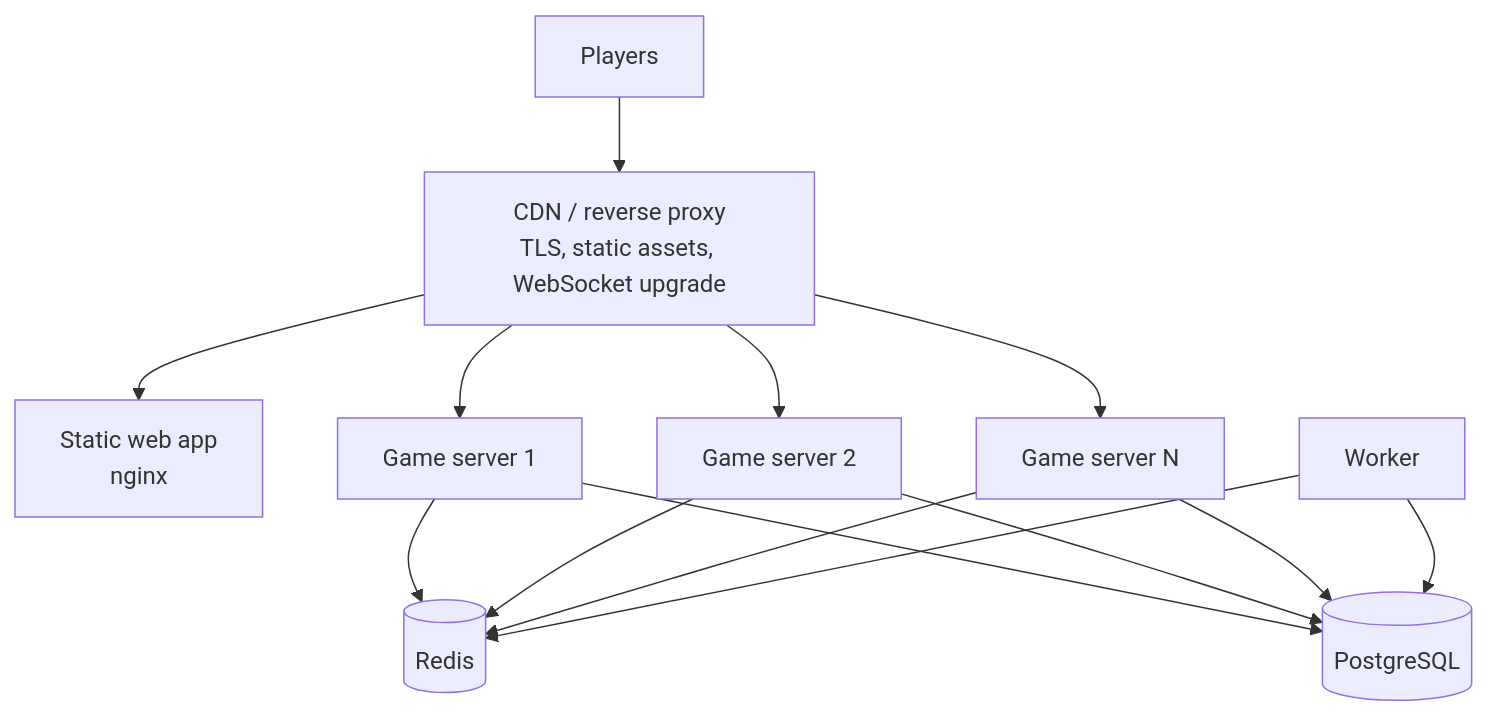
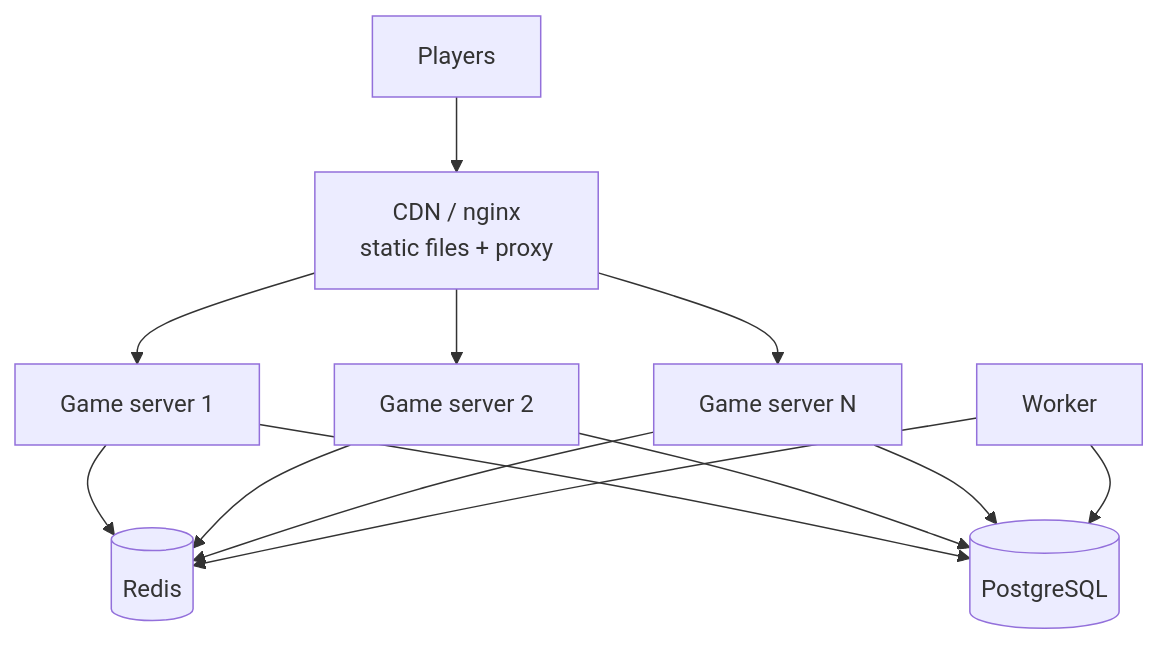
One commit to ysai258/friendzone changed the second of 2 diagrams in docs/deployment.md. Above: the diagram before and after it, drawn with Mermaid. The commit also changed other lines of this file and 11 other files, not shown here.

````diff
--- a/docs/deployment.md
+++ b/docs/deployment.md
@@ -5,16 +26,15 @@
 ```mermaid
 graph TB
-  U[Players] --> CDN[CDN / reverse proxy<br/>TLS, static assets, WebSocket upgrade]
-  CDN --> W[Static web app<br/>nginx]
+  U[Players] --> CDN[CDN / nginx<br/>static files + proxy]
   CDN --> S1[Game server 1]
   CDN --> S2[Game server 2]
   CDN --> S3[Game server N]
   S1 --> R[(Redis)]
   S2 --> R
   S3 --> R
-  S1 --> P[(PostgreSQL)]
-  S2 --> P
-  S3 --> P
+  S1 --> DB[(PostgreSQL)]
+  S2 --> DB
+  S3 --> DB
   WK[Worker] --> R
-  WK --> P
+  WK --> DB
 ```
````
